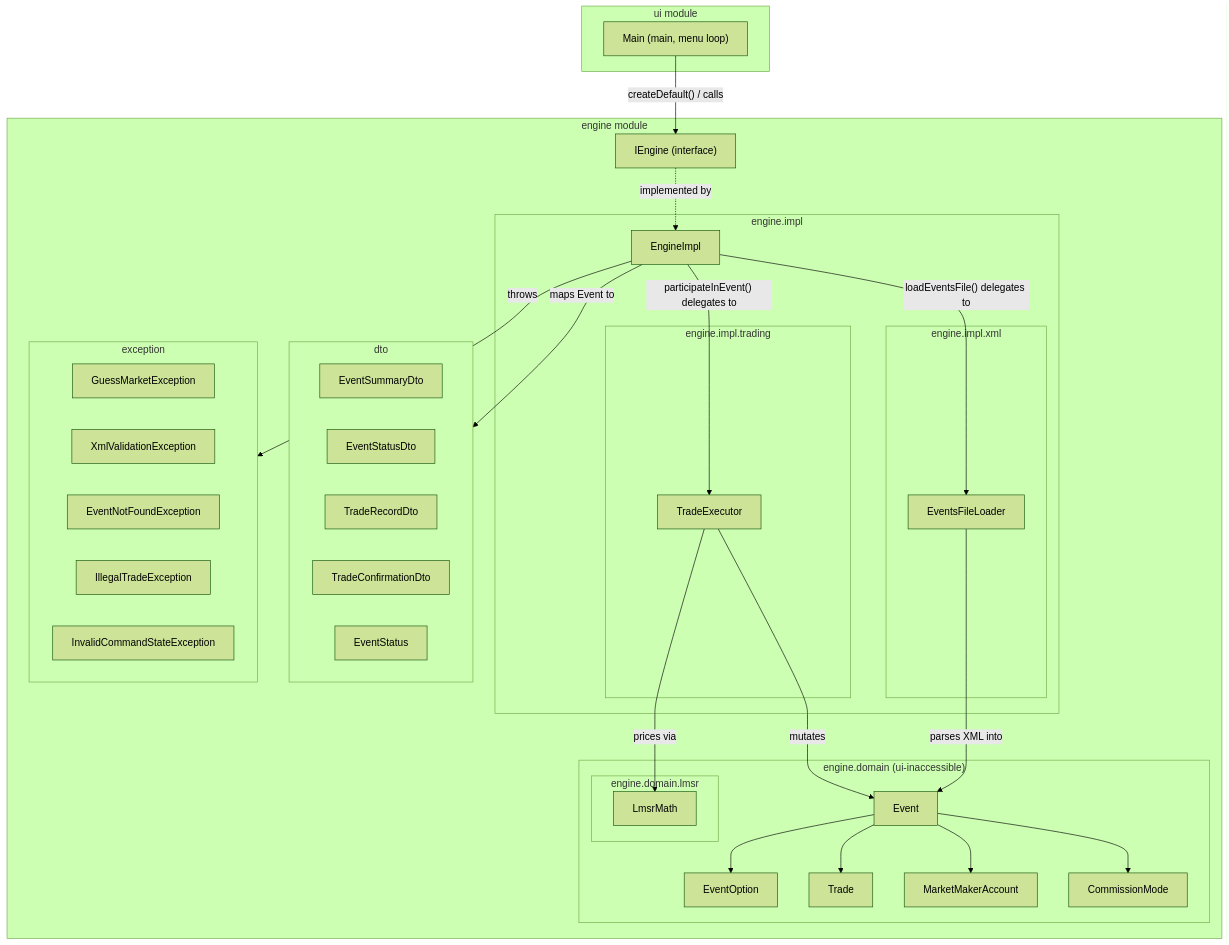
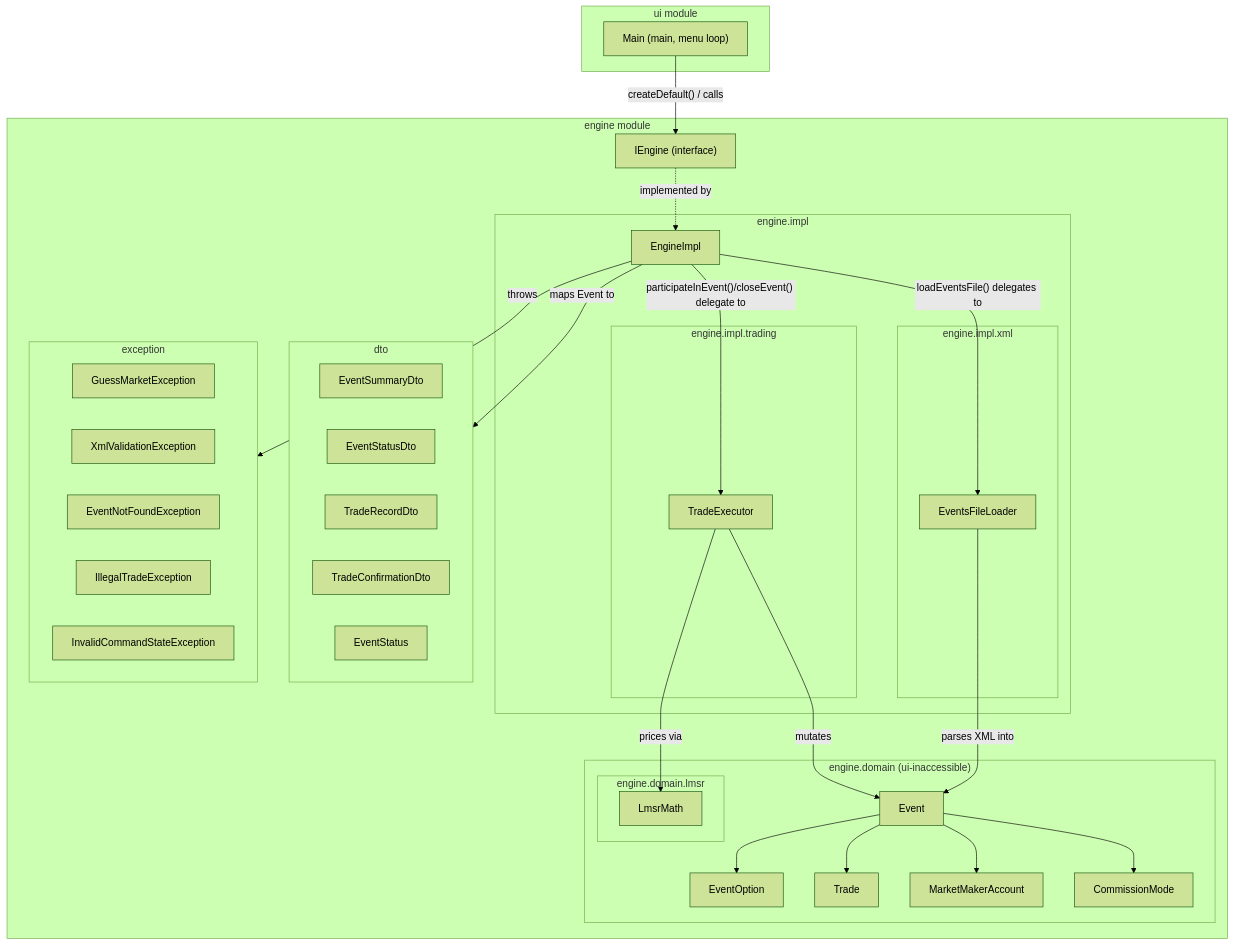
One commit to paz-levi/GuessMarket changed the diagram in ARCHITECTURE.md. Above: the diagram before and after it, drawn with Mermaid (forest theme). The commit also changed other lines of this file and 5 other files, not shown here.

````diff
--- a/ARCHITECTURE.md
+++ b/ARCHITECTURE.md
@@ -6,61 +6,61 @@
 ```mermaid
 flowchart TD
     subgraph UI["ui module"]
         Main["Main (main, menu loop)"]
     end
 
     subgraph ENGINE["engine module"]
         IEngine["IEngine (interface)"]
 
         subgraph IMPL["engine.impl"]
             EngineImpl["EngineImpl"]
             subgraph XML["engine.impl.xml"]
                 EventsFileLoader["EventsFileLoader"]
             end
             subgraph TRADING["engine.impl.trading"]
                 TradeExecutor["TradeExecutor"]
             end
         end
 
         subgraph DOMAIN["engine.domain (ui-inaccessible)"]
             Event["Event"]
             EventOption["EventOption"]
             Trade["Trade"]
             MarketMakerAccount["MarketMakerAccount"]
             CommissionMode["CommissionMode"]
             subgraph LMSR["engine.domain.lmsr"]
                 LmsrMath["LmsrMath"]
             end
         end
 
         subgraph DTO["dto"]
             EventSummaryDto["EventSummaryDto"]
             EventStatusDto["EventStatusDto"]
             TradeRecordDto["TradeRecordDto"]
             TradeConfirmationDto["TradeConfirmationDto"]
             EventStatus["EventStatus"]
         end
 
         subgraph EXC["exception"]
             GuessMarketException["GuessMarketException"]
             XmlValidationException["XmlValidationException"]
             EventNotFoundException["EventNotFoundException"]
             IllegalTradeException["IllegalTradeException"]
             InvalidCommandStateException["InvalidCommandStateException"]
         end
     end
 
     Main -->|"createDefault() / calls"| IEngine
     IEngine -.->|"implemented by"| EngineImpl
     EngineImpl -->|"loadEventsFile() delegates to"| EventsFileLoader
     EventsFileLoader -->|"parses XML into"| Event
     Event --> EventOption
     Event --> MarketMakerAccount
     Event --> CommissionMode
     Event --> Trade
-    EngineImpl -->|"participateInEvent() delegates to"| TradeExecutor
+    EngineImpl -->|"participateInEvent()/closeEvent() delegate to"| TradeExecutor
     TradeExecutor -->|"prices via"| LmsrMath
     TradeExecutor -->|"mutates"| Event
     EngineImpl -->|"maps Event to"| DTO
     EngineImpl -->|"throws"| EXC
 ```
````
